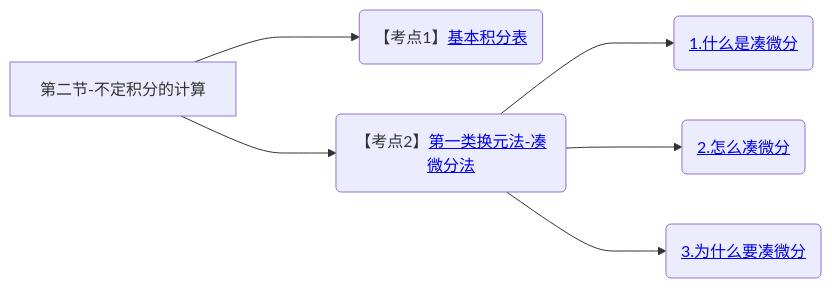
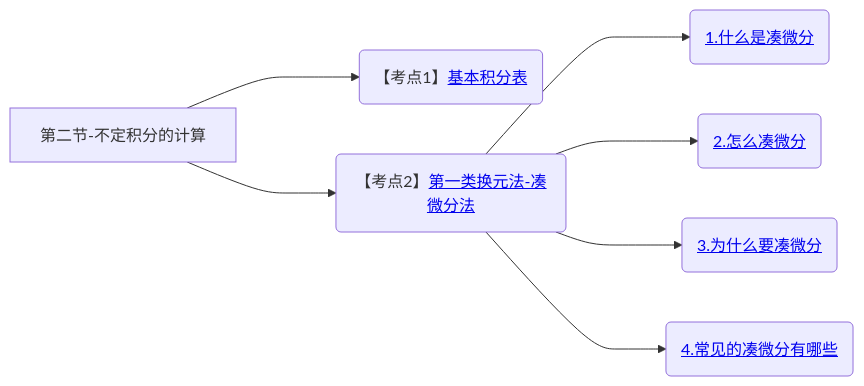
Before and after one commit to yuebinghui/note: diagram 18 of 18 in 笔记/数学/周洋鑫/01.基础班思维导图.md, drawn with Mermaid. The commit also changed 7 other files, not shown here.

````diff
--- a/笔记/数学/周洋鑫/01.基础班思维导图.md
+++ b/笔记/数学/周洋鑫/01.基础班思维导图.md
@@ -625,12 +625,13 @@
 ```mermaid
 graph LR
 第二节-不定积分的计算
 
 第二节-不定积分的计算--->基本积分表(【考点1】<a href="/Users/yuebinghui/Documents/program/github/note/笔记/数学/周洋鑫/基础班/18.不定积分_1.md#基本积分表">基本积分表</>)
 
 第二节-不定积分的计算--->第一类换元法-凑微分法(【考点2】<a href="/Users/yuebinghui/Documents/program/github/note/笔记/数学/周洋鑫/基础班/18.不定积分_1.md#第一类换元法-凑微分法">第一类换元法-凑微分法</>)
 第一类换元法-凑微分法--->1.什么是凑微分(<a href="/Users/yuebinghui/Documents/program/github/note/笔记/数学/周洋鑫/基础班/18.不定积分_1.md#1.什么是凑微分">1.什么是凑微分</>)
 第一类换元法-凑微分法--->2.怎么凑微分(<a href="/Users/yuebinghui/Documents/program/github/note/笔记/数学/周洋鑫/基础班/18.不定积分_1.md#2.怎么凑微分">2.怎么凑微分</>)
 第一类换元法-凑微分法--->3.为什么要凑微分(<a href="/Users/yuebinghui/Documents/program/github/note/笔记/数学/周洋鑫/基础班/18.不定积分_1.md#3.为什么要凑微分">3.为什么要凑微分</>)
+第一类换元法-凑微分法--->4.常见的凑微分有哪些(<a href="/Users/yuebinghui/Documents/program/github/note/笔记/数学/周洋鑫/基础班/18.不定积分_1.md#4.常见的凑微分有哪些">4.常见的凑微分有哪些</>)
 
 ```
````
